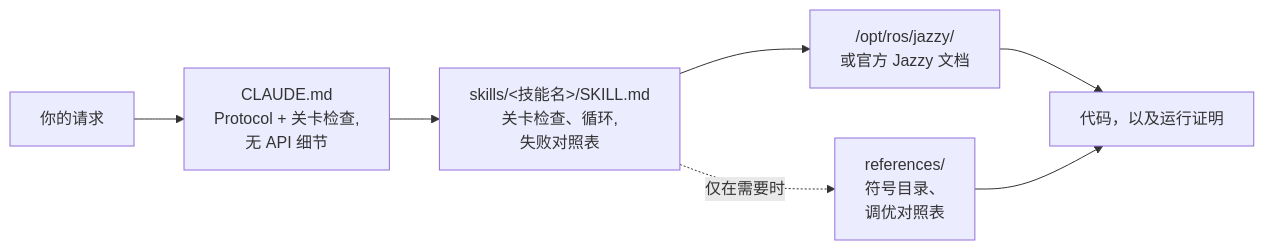
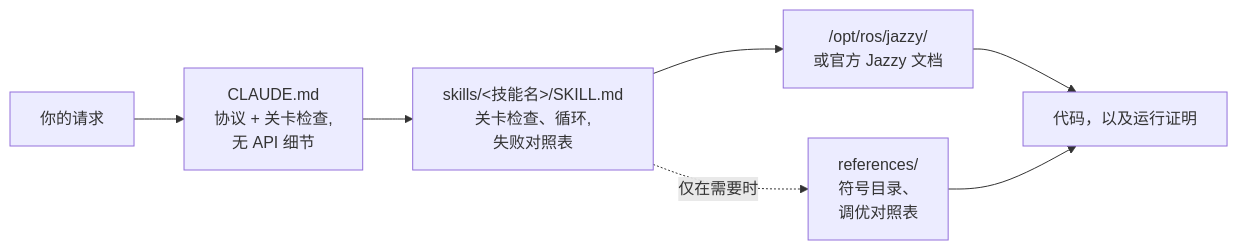
The diagram in README.zh.md (Leehyunbin0131/claude-ros2-skills), drawn with Mermaid before and after one commit. The commit also changed other lines of this file and 4 other files, not shown here.

````diff
--- a/README.zh.md
+++ b/README.zh.md
@@ -178,9 +178,9 @@
 ```mermaid
 flowchart LR
-    A["你的请求"] --> B["CLAUDE.md<br/>Protocol + 关卡检查,<br/>无 API 细节"]
+    A["你的请求"] --> B["CLAUDE.md<br/>协议 + 关卡检查,<br/>无 API 细节"]
     B --> C["skills/&lt;技能名&gt;/SKILL.md<br/>关卡检查、循环,<br/>失败对照表"]
     C --> D["/opt/ros/jazzy/<br/>或官方 Jazzy 文档"]
     C -.仅在需要时.-> R["references/<br/>符号目录、<br/>调优对照表"]
     D --> E["代码，以及运行证明"]
     R --> E
 ```
````
